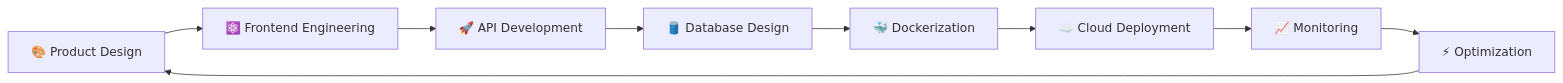
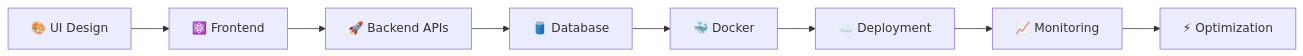
Before and after one commit to Aviral-1/Aviral-1: the diagram in README.md, drawn with Mermaid. The commit also changed other lines of this file, not shown here.

````diff
--- a/README.md
+++ b/README.md
@@ -236,12 +146,11 @@
 ```mermaid
 flowchart LR
 
-A[🎨 Product Design] --> B[⚛️ Frontend Engineering]
-B --> C[🚀 API Development]
-C --> D[🛢️ Database Design]
-D --> E[🐳 Dockerization]
-E --> F[☁️ Cloud Deployment]
+A[🎨 UI Design] --> B[⚛️ Frontend]
+B --> C[🚀 Backend APIs]
+C --> D[🛢️ Database]
+D --> E[🐳 Docker]
+E --> F[☁️ Deployment]
 F --> G[📈 Monitoring]
 G --> H[⚡ Optimization]
-H --> A
 ```
````
